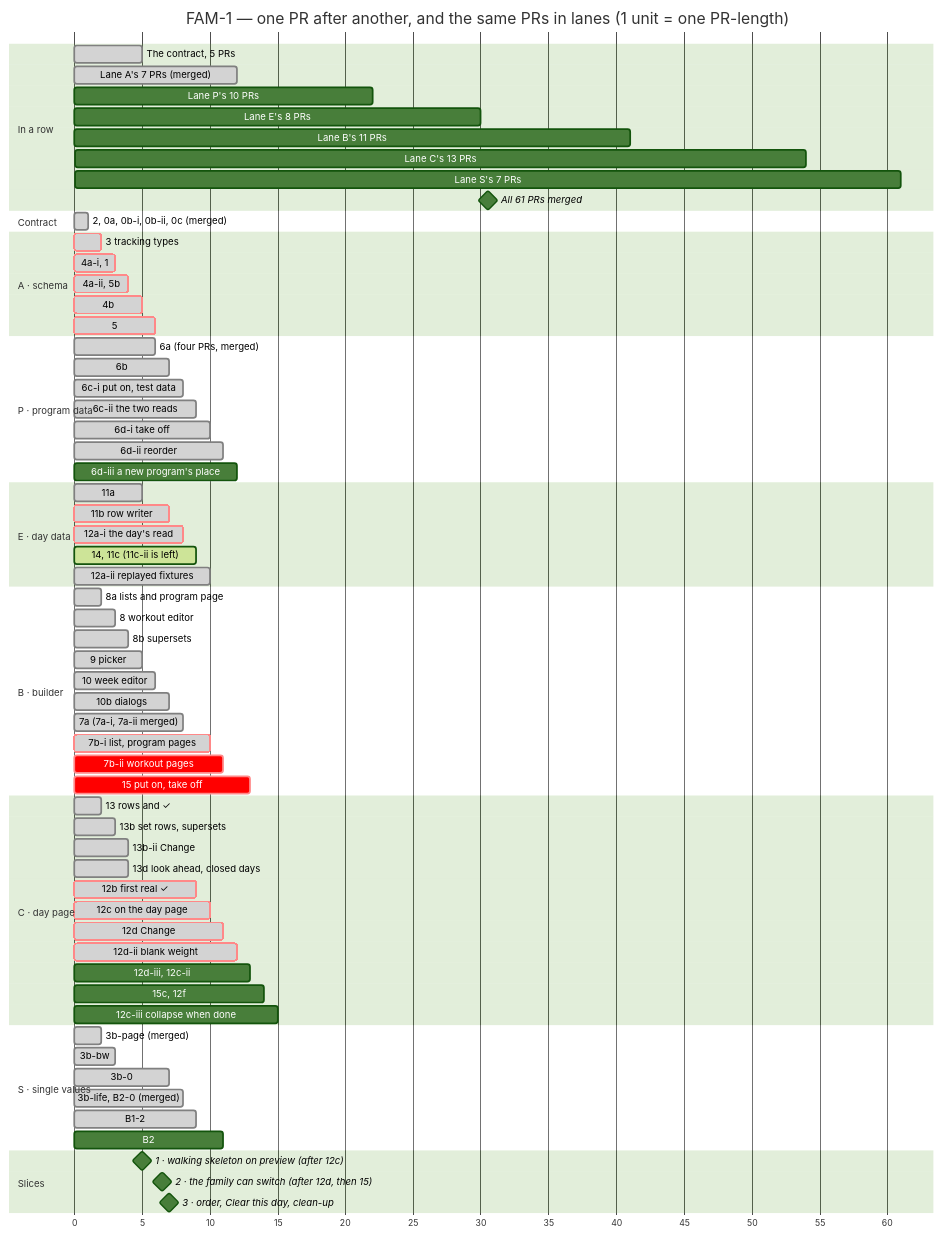
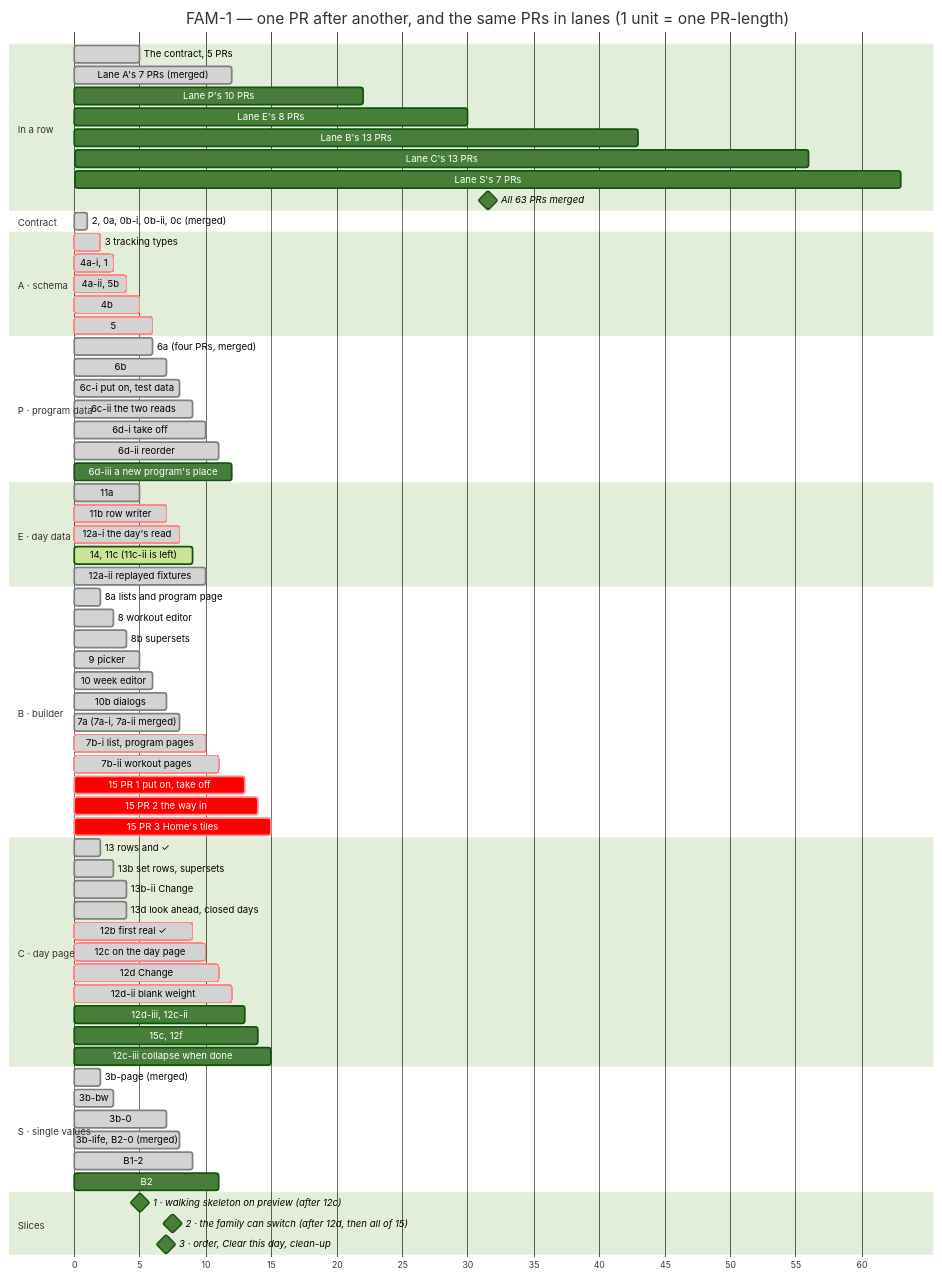
Before and after one commit to ralamode/mat-plan: the second of 2 diagrams in docs/milestones/fam-1-family-program.md, drawn with Mermaid (forest theme). The commit also changed other lines of this file and 1 other file, not shown here.

Commit message:
chore(fam-1): step 15 is three planned PRs; the milestone counts 52 of 63

````diff
--- a/docs/milestones/fam-1-family-program.md
+++ b/docs/milestones/fam-1-family-program.md
@@ -269,10 +269,10 @@
   Lane A's 7 PRs (merged)      :done, r1, 5, 12
   Lane P's 10 PRs              :r2, 12, 22
   Lane E's 8 PRs               :r3, 22, 30
-  Lane B's 11 PRs              :r4, 30, 41
-  Lane C's 13 PRs              :r5, 41, 54
-  Lane S's 7 PRs               :r6, 54, 61
-  All 61 PRs merged            :milestone, rm, 61, 61
+  Lane B's 13 PRs              :r4, 30, 43
+  Lane C's 13 PRs              :r5, 43, 56
+  Lane S's 7 PRs               :r6, 56, 63
+  All 63 PRs merged            :milestone, rm, 63, 63
 
   section Contract
   2, 0a, 0b-i, 0b-ii, 0c (merged) :done, c0, 0, 1
@@ -309,8 +309,10 @@
   10b dialogs                  :done, b6, 6, 7
   7a (7a-i, 7a-ii merged)      :done, b7, 7, 8
   7b-i list, program pages     :crit, done, b8, 9, 10
-  7b-ii workout pages          :crit, b8b, 10, 11
-  15 put on, take off          :crit, b9, 12, 13
+  7b-ii workout pages          :crit, done, b8b, 10, 11
+  15 PR 1 put on, take off     :crit, b9, 12, 13
+  15 PR 2 the way in           :crit, b9b, 13, 14
+  15 PR 3 Home's tiles         :crit, b9c, 14, 15
 
   section C · day page
   13 rows and ✓                :done, c1, 1, 2
@@ -335,6 +337,6 @@
 
   section Slices
   1 · walking skeleton on preview (after 12c) :milestone, m1, 10, 10
-  2 · the family can switch (after 12d, then 15) :milestone, m2, 13, 13
+  2 · the family can switch (after 12d, then all of 15) :milestone, m2, 15, 15
   3 · order, Clear this day, clean-up         :milestone, m3, 14, 14
 ```
````
